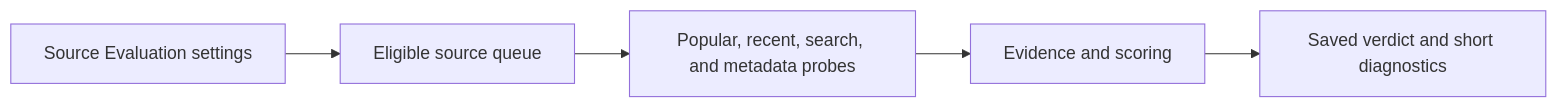
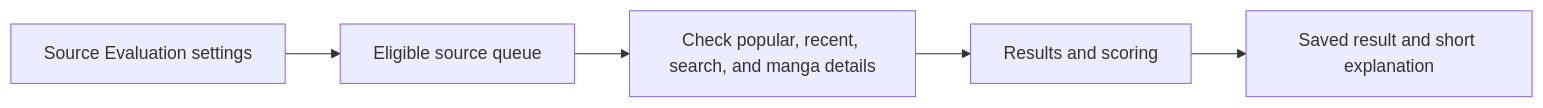
Before and after one commit to FancyCorey/komikku-KMK: the first of 5 diagrams in docs/kmk/diagrams/source-evaluation.md, drawn with Mermaid. The commit also changed other lines of this file and 23 other files, not shown here.

````diff
--- a/docs/kmk/diagrams/source-evaluation.md
+++ b/docs/kmk/diagrams/source-evaluation.md
@@ -7,7 +7,7 @@
 ```mermaid
 flowchart LR
     Settings["Source Evaluation settings"] --> Queue["Eligible source queue"]
-    Queue --> Probes["Popular, recent, search, and metadata probes"]
-    Probes --> Evidence["Evidence and scoring"]
-    Evidence --> Verdict["Saved verdict and short diagnostics"]
+    Queue --> Probes["Check popular, recent, search, and manga details"]
+    Probes --> Evidence["Results and scoring"]
+    Evidence --> Verdict["Saved result and short explanation"]
 ```
````
